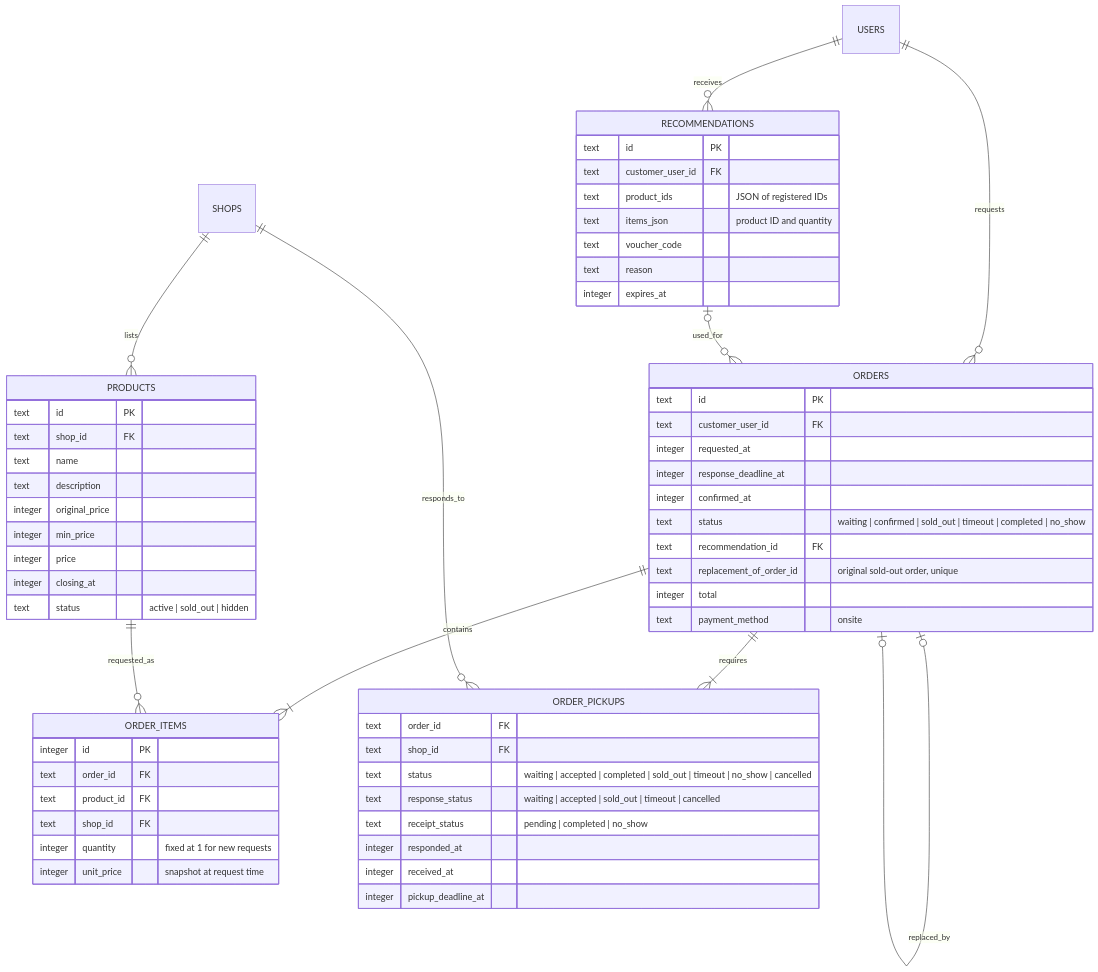
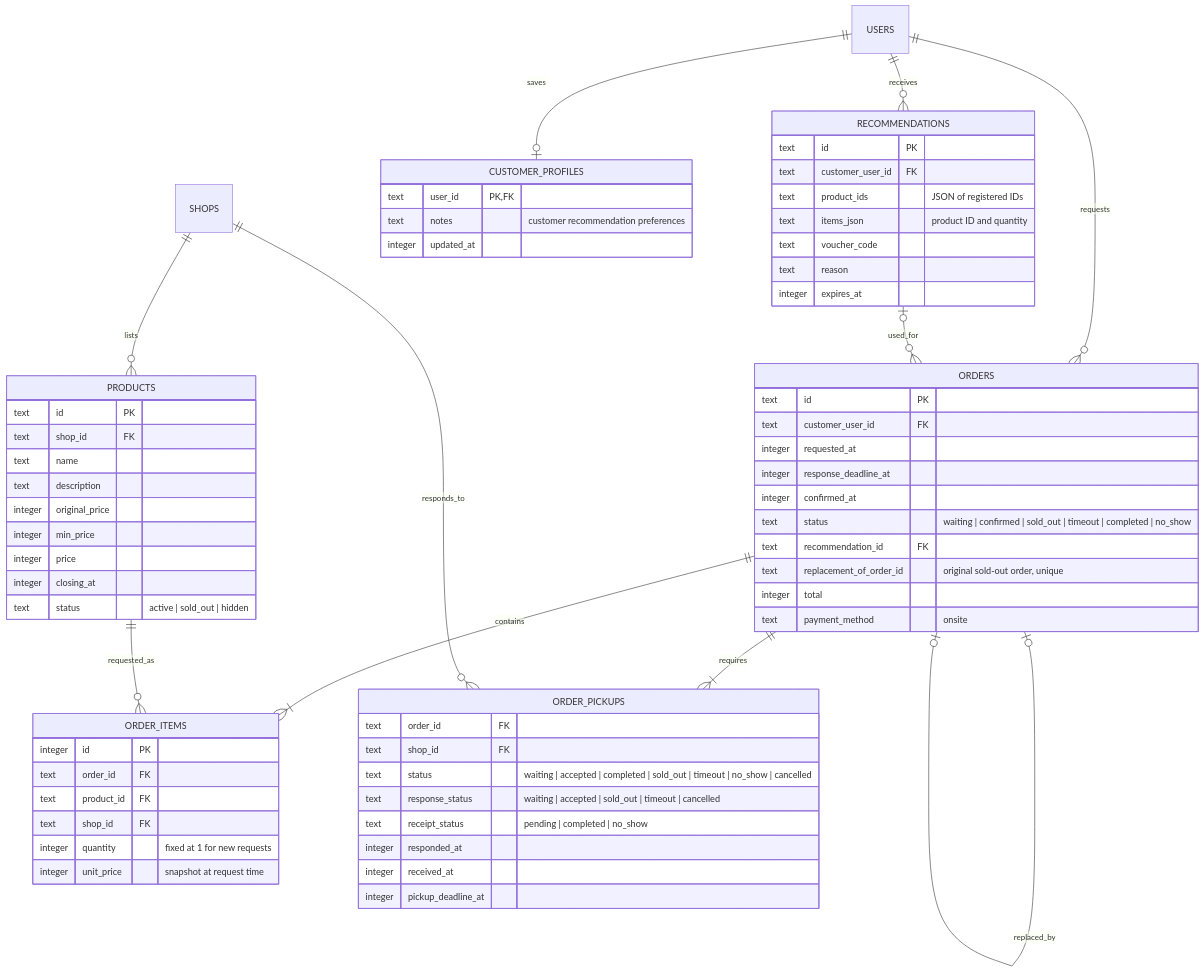
The diagram in ERD.md (zkfmxkszkfmxkszkfmxks-cmd/8pm), drawn with Mermaid before and after one commit. The commit also changed 14 other files, not shown here.

````diff
--- a/ERD.md
+++ b/ERD.md
@@ -3,63 +3,69 @@
 ```mermaid
 erDiagram
     USERS ||--o{ ORDERS : requests
     USERS ||--o{ RECOMMENDATIONS : receives
+    USERS ||--o| CUSTOMER_PROFILES : saves
     SHOPS ||--o{ PRODUCTS : lists
     ORDERS ||--|{ ORDER_ITEMS : contains
     PRODUCTS ||--o{ ORDER_ITEMS : requested_as
     ORDERS ||--|{ ORDER_PICKUPS : requires
     SHOPS ||--o{ ORDER_PICKUPS : responds_to
     RECOMMENDATIONS o|--o{ ORDERS : used_for
     ORDERS o|--o| ORDERS : replaced_by
 
     PRODUCTS {
       text id PK
       text shop_id FK
       text name
       text description
       integer original_price
       integer min_price
       integer price
       integer closing_at
       text status "active | sold_out | hidden"
+    }
+    CUSTOMER_PROFILES {
+      text user_id PK, FK
+      text notes "customer recommendation preferences"
+      integer updated_at
     }
     RECOMMENDATIONS {
       text id PK
       text customer_user_id FK
       text product_ids "JSON of registered IDs"
       text items_json "product ID and quantity"
       text voucher_code
       text reason
       integer expires_at
     }
     ORDERS {
       text id PK
       text customer_user_id FK
       integer requested_at
       integer response_deadline_at
       integer confirmed_at
       text status "waiting | confirmed | sold_out | timeout | completed | no_show"
       text recommendation_id FK
       text replacement_of_order_id "original sold-out order, unique"
       integer total
       text payment_method "onsite"
     }
     ORDER_ITEMS {
       integer id PK
       text order_id FK
       text product_id FK
       text shop_id FK
       integer quantity "fixed at 1 for new requests"
       integer unit_price "snapshot at request time"
     }
     ORDER_PICKUPS {
       text order_id FK
       text shop_id FK
       text status "waiting | accepted | completed | sold_out | timeout | no_show | cancelled"
       text response_status "waiting | accepted | sold_out | timeout | cancelled"
       text receipt_status "pending | completed | no_show"
       integer responded_at
       integer received_at
       integer pickup_deadline_at
     }
 ```
````
